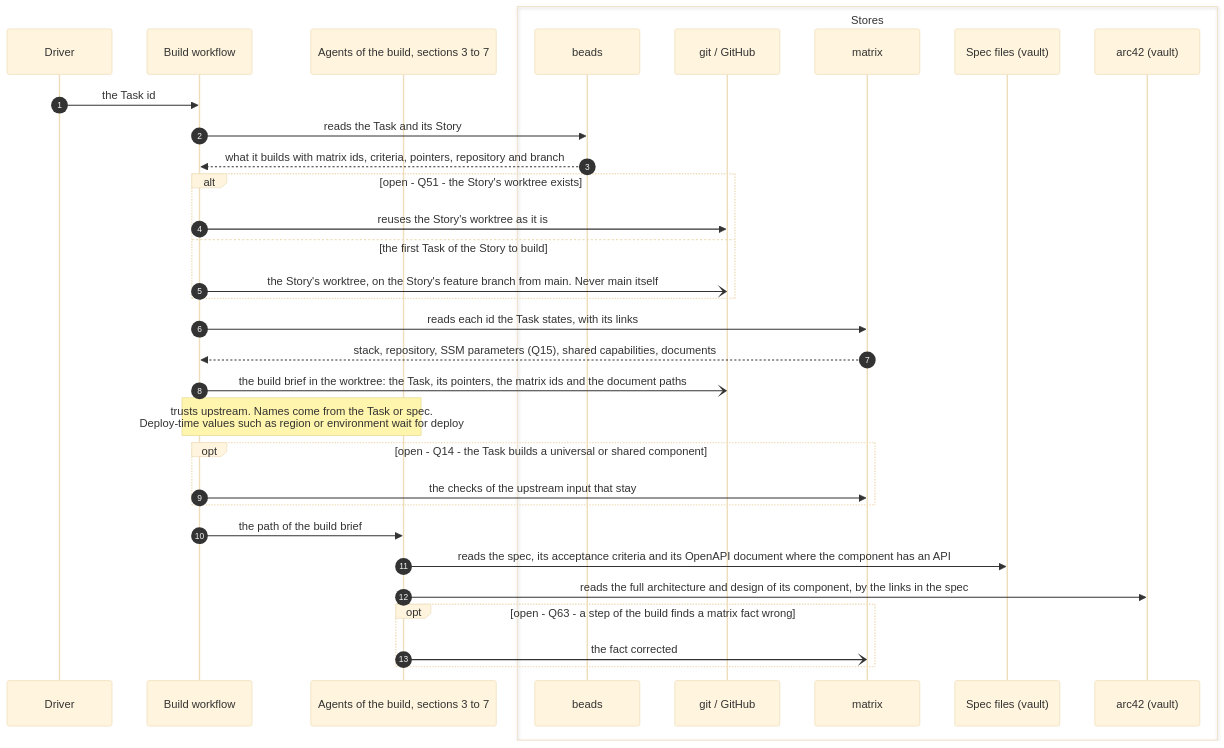
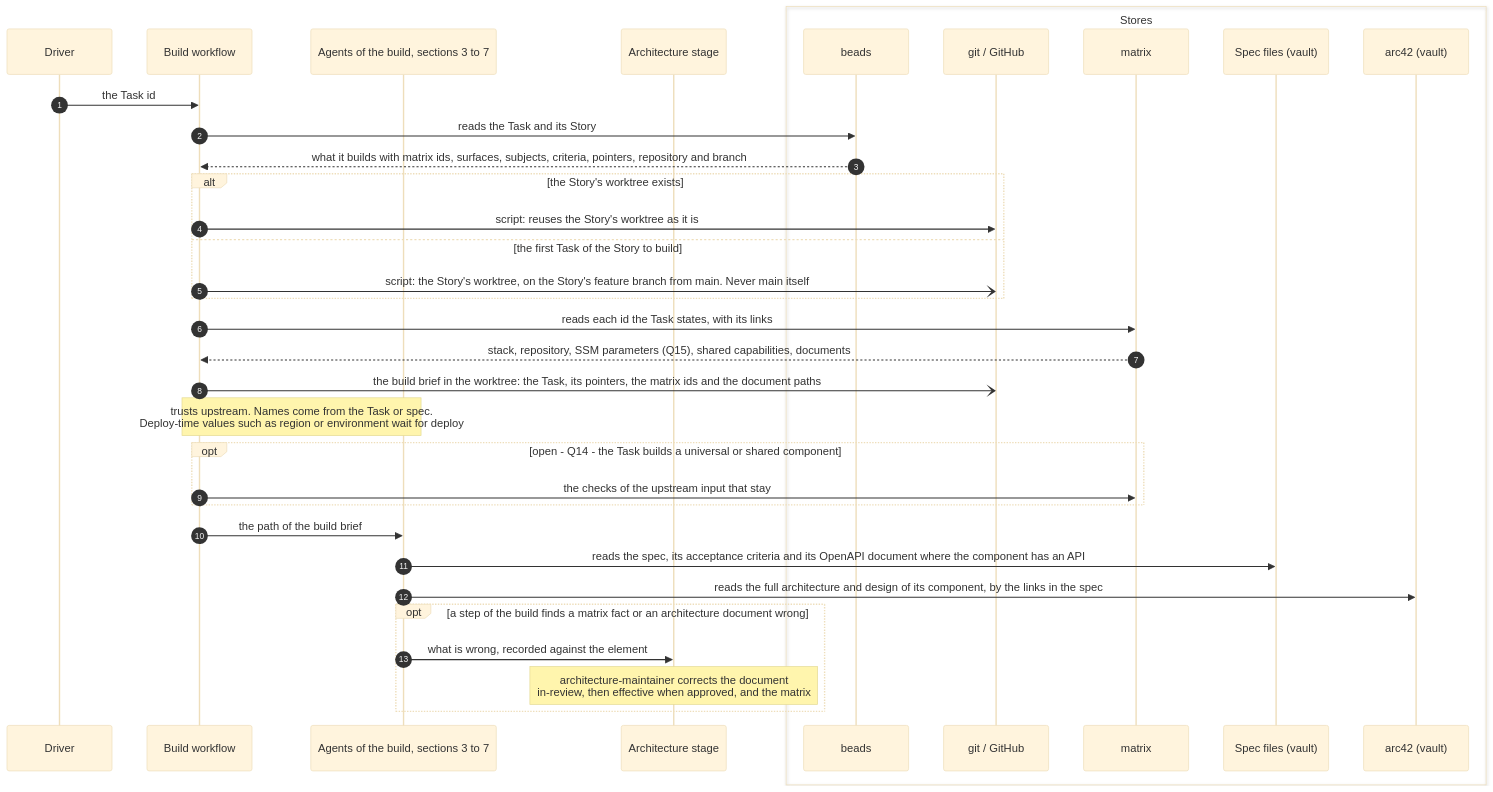
One commit to mark-satterfield/toolset changed the second of 8 diagrams in plugins/agent-teams-workforce/blueprint/design/pipelines-build.md. Above: the diagram before and after it, drawn with Mermaid (base theme). The commit also changed other lines of this file, not shown here.

First line of the commit message:
docs(blueprint): pipelines-build draws the decided build steps

````diff
--- a/plugins/agent-teams-workforce/blueprint/design/pipelines-build.md
+++ b/plugins/agent-teams-workforce/blueprint/design/pipelines-build.md
@@ -154,36 +177,38 @@
 ```mermaid
 sequenceDiagram
     autonumber
     participant DR as Driver
     participant WF as Build workflow
     participant AG as Agents of the build, sections 3 to 7
+    participant AR as Architecture stage
     box Stores
         participant BD as beads
         participant G as git / GitHub
         participant MX as matrix
         participant SP as Spec files (vault)
         participant A42 as arc42 (vault)
     end
 
     DR->>WF: the Task id
     WF->>BD: reads the Task and its Story
-    BD-->>WF: what it builds with matrix ids, criteria, pointers, repository and branch
-    alt open - Q51 - the Story's worktree exists
-        WF->>G: reuses the Story's worktree as it is
+    BD-->>WF: what it builds with matrix ids, surfaces, subjects, criteria, pointers, repository and branch
+    alt the Story's worktree exists
+        WF->>G: script: reuses the Story's worktree as it is
     else the first Task of the Story to build
-        WF-)G: the Story's worktree, on the Story's feature branch from main. Never main itself
+        WF-)G: script: the Story's worktree, on the Story's feature branch from main. Never main itself
     end
     WF->>MX: reads each id the Task states, with its links
     MX-->>WF: stack, repository, SSM parameters (Q15), shared capabilities, documents
     WF-)G: the build brief in the worktree: the Task, its pointers, the matrix ids and the document paths
     Note over WF,AG: trusts upstream. Names come from the Task or spec.<br/>Deploy-time values such as region or environment wait for deploy
     opt open - Q14 - the Task builds a universal or shared component
         WF->>MX: the checks of the upstream input that stay
     end
     WF->>AG: the path of the build brief
     AG->>SP: reads the spec, its acceptance criteria and its OpenAPI document where the component has an API
     AG->>A42: reads the full architecture and design of its component, by the links in the spec
-    opt open - Q63 - a step of the build finds a matrix fact wrong
-        AG-)MX: the fact corrected
+    opt a step of the build finds a matrix fact or an architecture document wrong
+        AG->>AR: what is wrong, recorded against the element
+        Note over AR: architecture-maintainer corrects the document<br/>in-review, then effective when approved, and the matrix
     end
 ```
````
